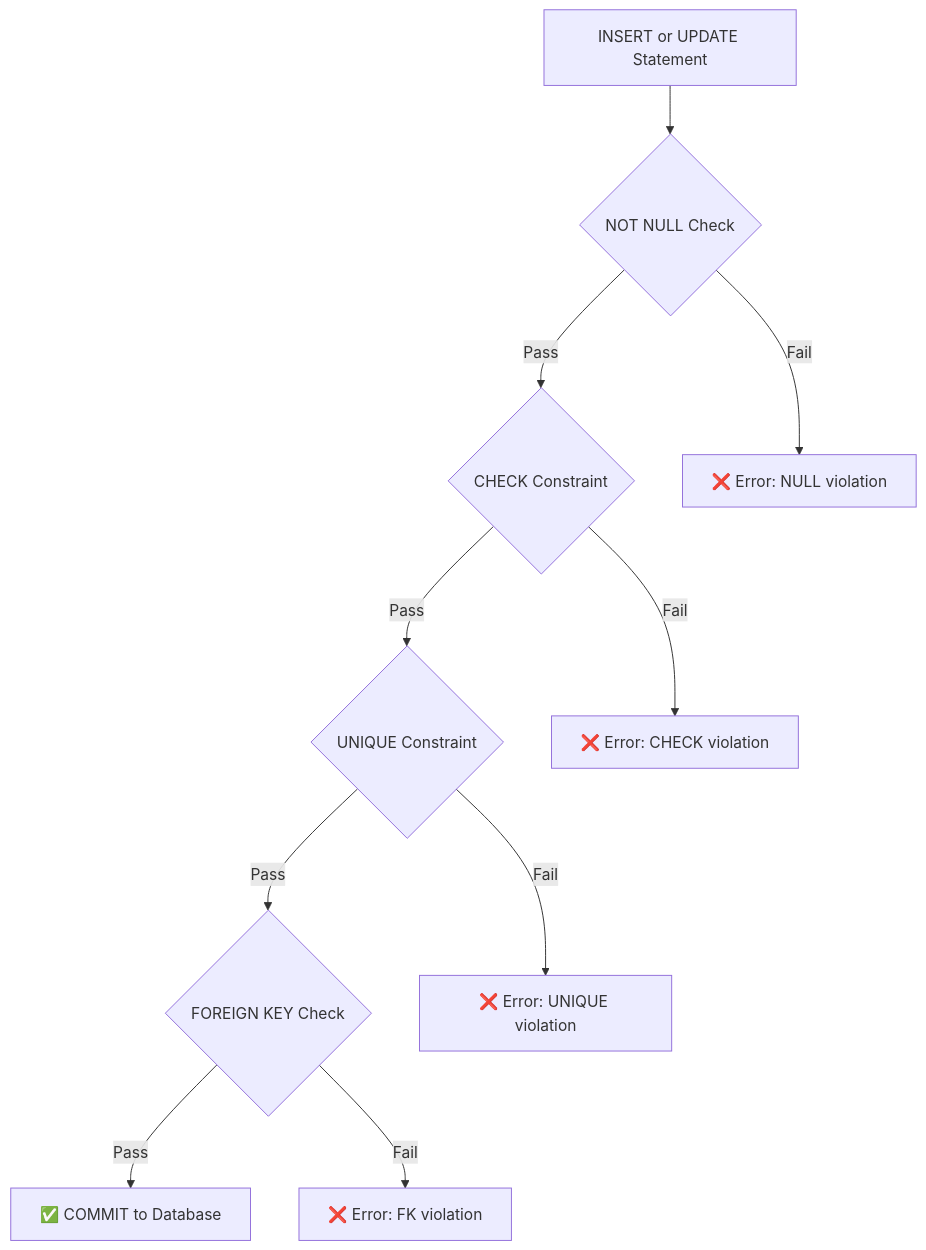
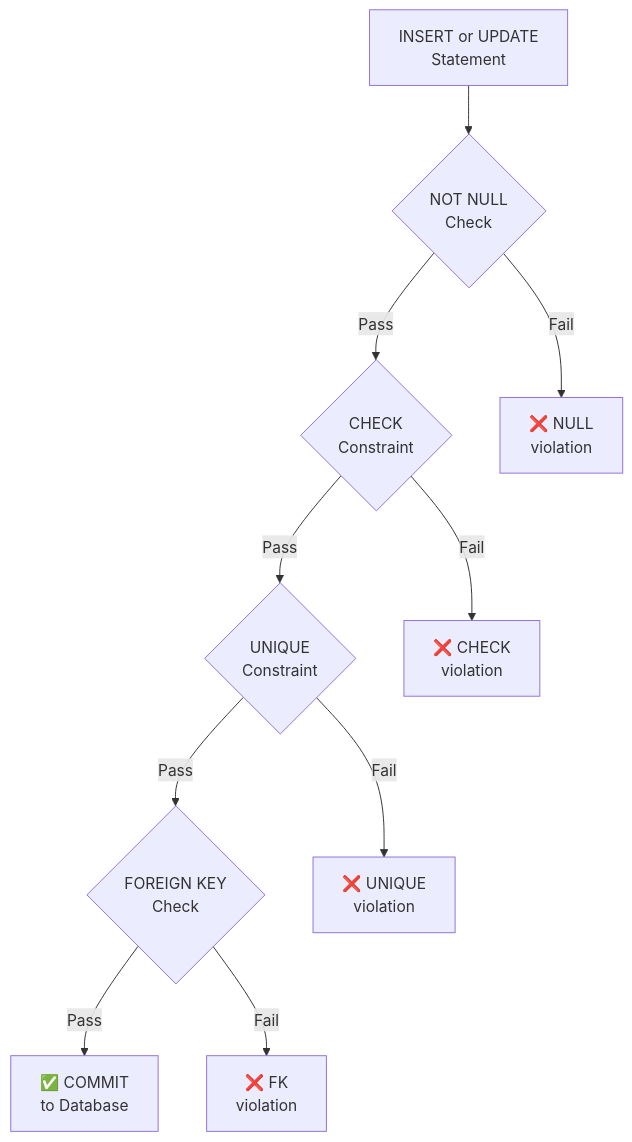
The second of 2 diagrams in week_04/w04_l07_concept_ddl_schema.md (devomh/comp4098-2026), drawn with Mermaid before and after one commit. The commit also changed other lines of this file and 2 other files, not shown here.

````diff
--- a/week_04/w04_l07_concept_ddl_schema.md
+++ b/week_04/w04_l07_concept_ddl_schema.md
@@ -183,12 +271,12 @@
 ```mermaid
 graph TD
-    A[INSERT or UPDATE Statement] --> B{NOT NULL Check}
-    B -->|Pass| C{CHECK Constraint}
-    B -->|Fail| G[❌ Error: NULL violation]
-    C -->|Pass| D{UNIQUE Constraint}
-    C -->|Fail| H[❌ Error: CHECK violation]
-    D -->|Pass| E{FOREIGN KEY Check}
-    D -->|Fail| I[❌ Error: UNIQUE violation]
-    E -->|Pass| F[✅ COMMIT to Database]
-    E -->|Fail| J[❌ Error: FK violation]
+    A["INSERT or UPDATE<br/>Statement"] --> B{"NOT NULL<br/>Check"}
+    B -->|Pass| C{"CHECK<br/>Constraint"}
+    B -->|Fail| G["❌ NULL<br/>violation"]
+    C -->|Pass| D{"UNIQUE<br/>Constraint"}
+    C -->|Fail| H["❌ CHECK<br/>violation"]
+    D -->|Pass| E{"FOREIGN KEY<br/>Check"}
+    D -->|Fail| I["❌ UNIQUE<br/>violation"]
+    E -->|Pass| F["✅ COMMIT<br/>to Database"]
+    E -->|Fail| J["❌ FK<br/>violation"]
 ```
````
